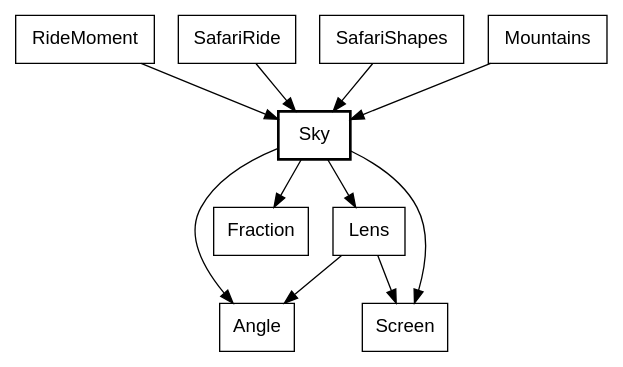
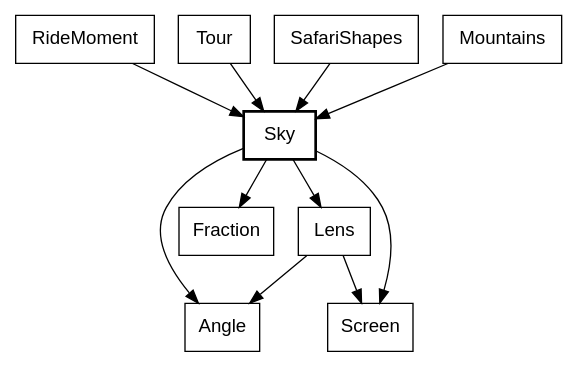
One commit to showell/roc-apps changed the fourth of 7 diagrams in canvas_apps/safari/tutorial/tutorial.md. Above: the diagram before and after it, drawn with Graphviz. The commit also changed other lines of this file and 9 other files, not shown here.

First line of the commit message:
safari: SafariRide.roc becomes Tour.roc

````diff
--- a/canvas_apps/safari/tutorial/tutorial.md
+++ b/canvas_apps/safari/tutorial/tutorial.md
@@ -143,16 +143,16 @@
 ```dot
 digraph sky {
   node [shape=box, fontname="Helvetica"];
   Sky [style=bold];
   RideMoment -> Sky;
-  SafariRide -> Sky;
+  Tour -> Sky;
   SafariShapes -> Sky;
   Mountains -> Sky;
   Sky -> Angle;
   Sky -> Fraction;
   Sky -> Lens;
   Sky -> Screen;
   Lens -> Angle;
   Lens -> Screen;
 }
 ```
````
